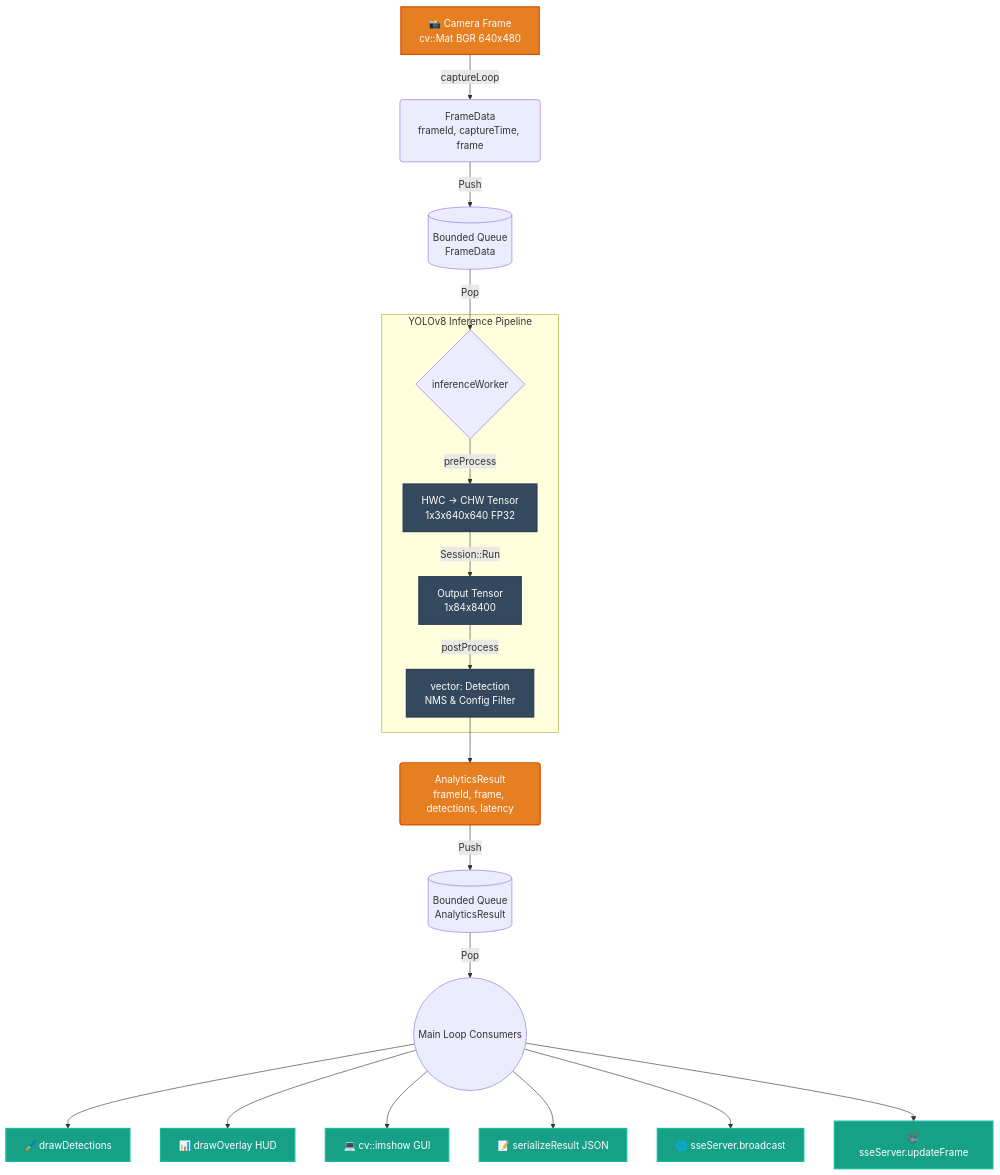
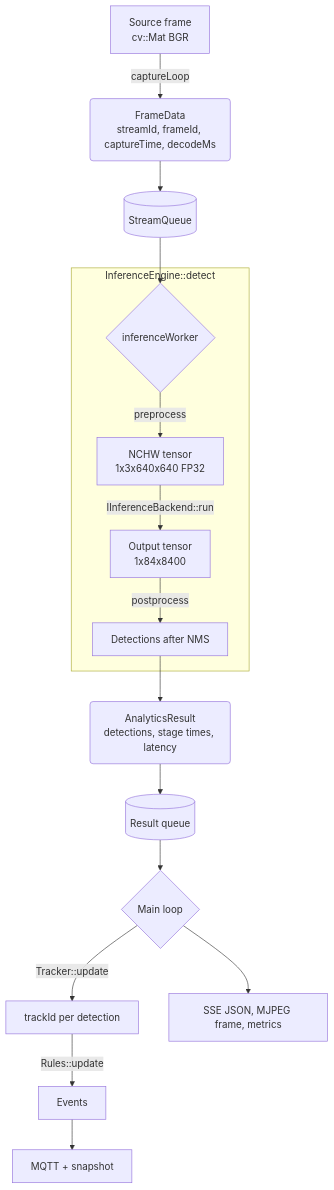
Before and after one commit to lehunghieu1503/cpp-realtime-video-analytics: the second of 2 diagrams in docs/ARCHITECTURE.md, drawn with Mermaid. The commit also changed other lines of this file and 3 other files, not shown here.

Commit message:
docs: backends, multi-camera analytics, deployment and new measurements

````diff
--- a/docs/ARCHITECTURE.md
+++ b/docs/ARCHITECTURE.md
@@ -50,28 +44,20 @@
 ```mermaid
 flowchart TD
-    classDef data fill:#e67e22,stroke:#d35400,stroke-width:2px,color:#fff
-    classDef proc fill:#34495e,stroke:#2c3e50,stroke-width:2px,color:#fff
-    classDef out fill:#16a085,stroke:#1abc9c,stroke-width:2px,color:#fff
+    A[Source frame<br/>cv::Mat BGR] -->|captureLoop| B(FrameData<br/>streamId, frameId, captureTime, decodeMs)
+    B --> C[(StreamQueue)]
+    C --> D{inferenceWorker}
 
-    A[📸 Camera Frame<br/>cv::Mat BGR 640x480]:::data -->|captureLoop| B(FrameData<br/>frameId, captureTime, frame)
-    B -->|Push| C[(Bounded Queue<br/>FrameData)]
-    C -->|Pop| D{inferenceWorker}
-    
-    subgraph Inference Processing [YOLOv8 Inference Pipeline]
-        D -->|preProcess| E[HWC → CHW Tensor<br/>1x3x640x640 FP32]:::proc
-        E -->|Session::Run| F[Output Tensor<br/>1x84x8400]:::proc
-        F -->|postProcess| G[vector: Detection<br/>NMS & Config Filter]:::proc
+    subgraph detect [InferenceEngine::detect]
+        D -->|preprocess| E[NCHW tensor<br/>1x3x640x640 FP32]
+        E -->|IInferenceBackend::run| F[Output tensor<br/>1x84x8400]
+        F -->|postprocess| G[Detections after NMS]
     end
-    
-    G --> H(AnalyticsResult<br/>frameId, frame, detections, latency):::data
-    H -->|Push| I[(Bounded Queue<br/>AnalyticsResult)]
-    
-    I -->|Pop| J((Main Loop Consumers))
-    
-    J --> K[🖌️ drawDetections]:::out
-    J --> L[📊 drawOverlay HUD]:::out
-    J --> M[💻 cv::imshow GUI]:::out
-    J --> N[📝 serializeResult JSON]:::out
-    J --> O[🌐 sseServer.broadcast]:::out
-    J --> P[📽️ sseServer.updateFrame]:::out
+
+    G --> H(AnalyticsResult<br/>detections, stage times, latency)
+    H --> I[(Result queue)]
+    I --> J{Main loop}
+    J -->|Tracker::update| K[trackId per detection]
+    K -->|Rules::update| L[Events]
+    L --> M[MQTT + snapshot]
+    J --> N[SSE JSON, MJPEG frame, metrics]
 ```
````
